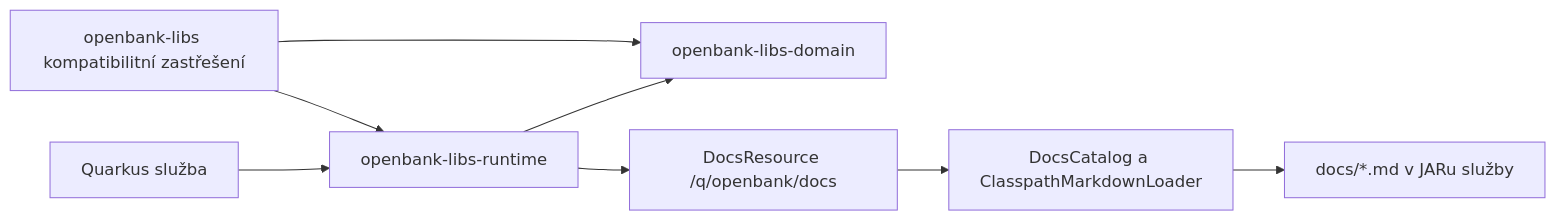
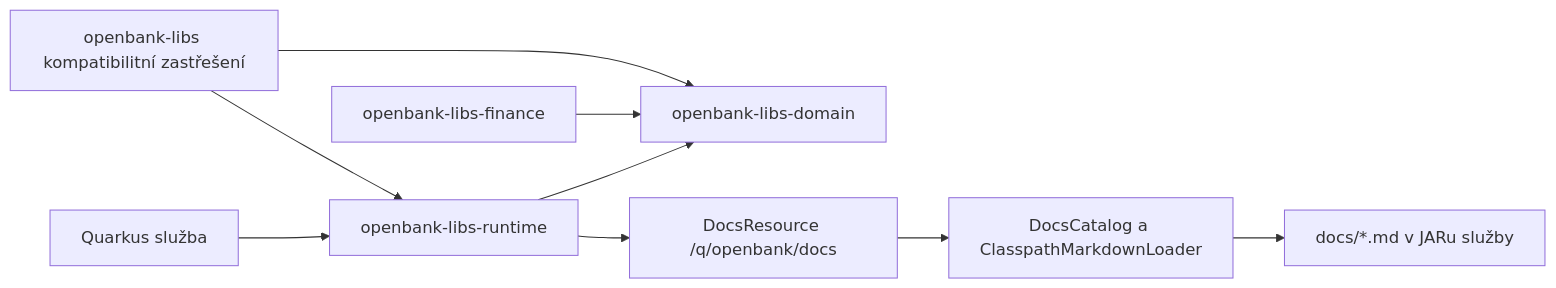
The diagram in openbank-libs/docs/02-architecture.cs.md (JiRaska/open-bank-oss), drawn with Mermaid before and after one commit. The commit also changed other lines of this file and 1 other file, not shown here.

Commit message:
docs(libs): explain shared finance calendar convention

````diff
--- a/openbank-libs/docs/02-architecture.cs.md
+++ b/openbank-libs/docs/02-architecture.cs.md
@@ -5,10 +5,11 @@
 ```mermaid
 flowchart LR
   Service[Quarkus služba] --> Runtime[openbank-libs-runtime]
   Runtime --> Domain[openbank-libs-domain]
+  Finance[openbank-libs-finance] --> Domain
   Legacy[openbank-libs kompatibilitní zastřešení] --> Runtime
   Legacy --> Domain
   Runtime --> DocsResource[DocsResource /q/openbank/docs]
   DocsResource --> DocsCatalog[DocsCatalog a ClasspathMarkdownLoader]
   DocsCatalog --> ServiceDocs[docs/*.md v JARu služby]
 ```
````
